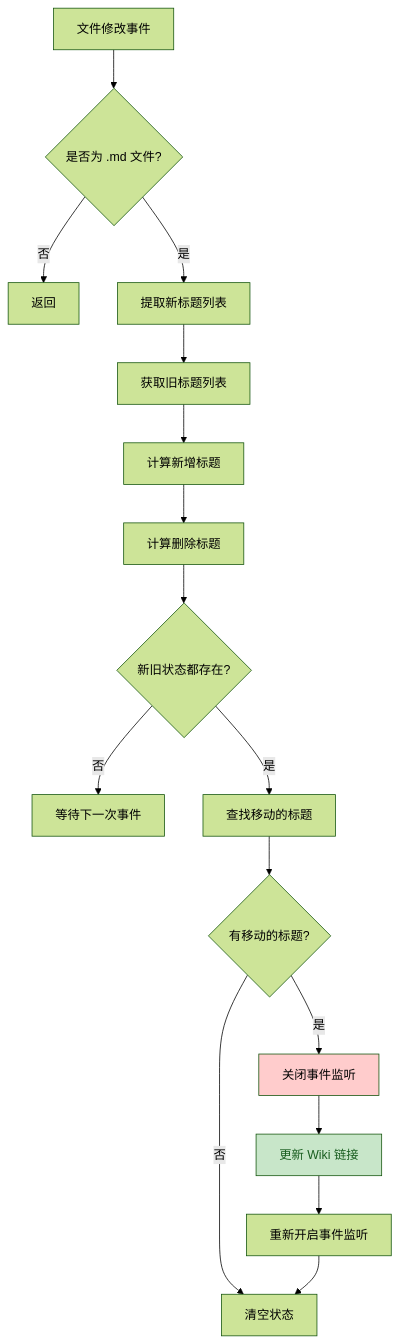
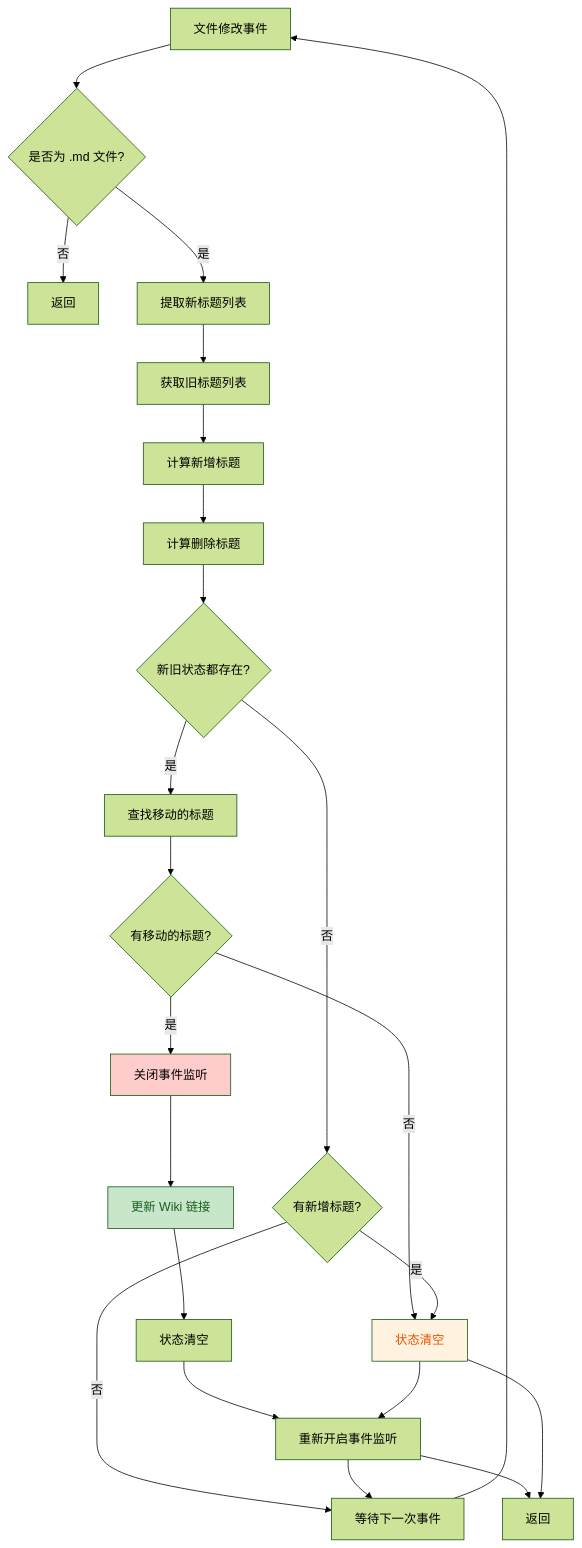
One commit to etchnight/obsidian-plugin-enhance-update-link changed the first of 3 diagrams in README.md. Above: the diagram before and after it, drawn with Mermaid (forest theme). The commit also changed other lines of this file and 1 other file, not shown here.

````diff
--- a/README.md
+++ b/README.md
@@ -13,21 +13,29 @@
 ```mermaid
 flowchart TD
     A[文件修改事件] --> B{是否为 .md 文件?}
     B -->|否| C[返回]
     B -->|是| D[提取新标题列表]
     D --> E[获取旧标题列表]
     E --> F[计算新增标题]
     F --> G[计算删除标题]
     G --> H{新旧状态都存在?}
-    H -->|否| I[等待下一次事件]
+    H -->|否| I{有新增标题?}
     H -->|是| J[查找移动的标题]
     J --> K{有移动的标题?}
-    K -->|否| L[清空状态]
-    K -->|是| M[关闭事件监听]
-    M --> N[更新 Wiki 链接]
-    N --> O[重新开启事件监听]
-    O --> L
+    K -->|是| L[关闭事件监听]
+    K -->|否| M[状态清空]
+    L --> N[更新 Wiki 链接]
+    N --> O[状态清空]
+    O --> P[重新开启事件监听]
+    M --> P
+    I -->|是| M
+    I -->|否| Q[等待下一次事件]
+    P --> Q
+    Q --> A
+    P --> R[返回]
+    M --> R
     
-    style M fill:#ffcccc,color:#000
+    style L fill:#ffcccc,color:#000
     style N fill:#c8e6c9,color:#1a5e20
+    style M fill:#fff3e0,color:#e65100
 ```
````
